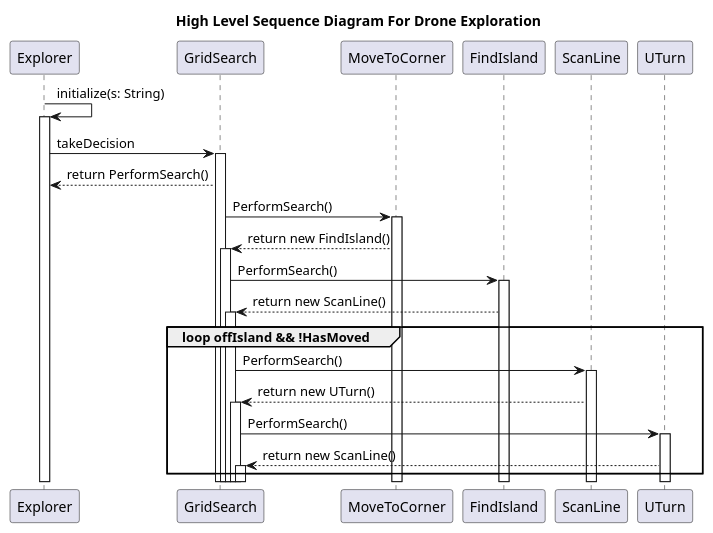
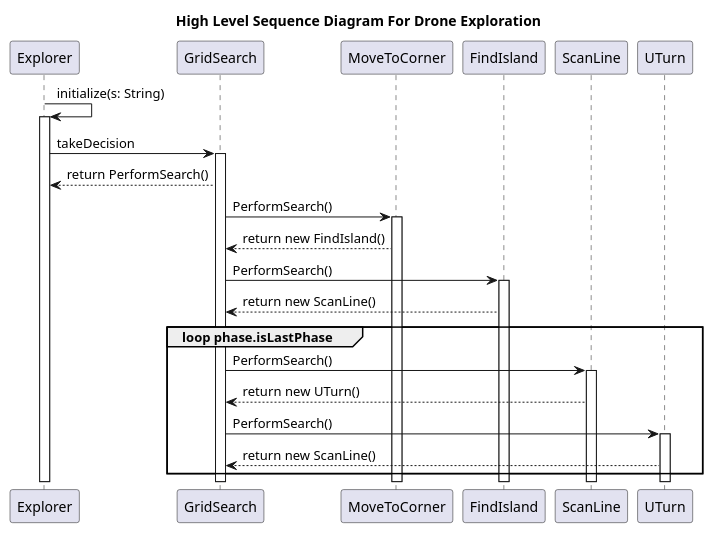
One commit to BilalM04/rescue-mission changed the diagram in UMLDiagrams/HighLevelSequenceDiagram.plantuml. Above: the diagram before and after it, drawn with PlantUML. The commit also changed 2 other files, not shown here.

```diff
--- a/UMLDiagrams/HighLevelSequenceDiagram.plantuml
+++ b/UMLDiagrams/HighLevelSequenceDiagram.plantuml
@@ -1,31 +1,31 @@
 @startuml
     title "High Level Sequence Diagram For Drone Exploration"
 
     participant Explorer
     participant GridSearch as GS
     participant MoveToCorner as MTC
     participant FindIsland
     participant ScanLine
     participant UTurn
     
     Explorer -> Explorer ++: initialize(s: String)
     Explorer -> GS ++: takeDecision
     Explorer <-- GS: return PerformSearch()
     GS -> MTC ++: PerformSearch()
-    GS <-- MTC ++: return new FindIsland()
+    GS <-- MTC: return new FindIsland()
 
     GS -> FindIsland ++: PerformSearch()
-    GS <-- FindIsland ++: return new ScanLine()
+    GS <-- FindIsland: return new ScanLine()
 
-    group loop offIsland && !HasMoved
+    group loop phase.isLastPhase
         GS -> ScanLine ++: PerformSearch()
-        GS <-- ScanLine ++: return new UTurn()
+        GS <-- ScanLine: return new UTurn()
         GS -> UTurn ++: PerformSearch()
-        GS <-- UTurn ++: return new ScanLine()
+        GS <-- UTurn: return new ScanLine()
     end
 
     ' FindIsland(controller: Controller, direction: Direction)
     ' ScanLine(controller: Controller, direction: Direction, uTurnLeft: boolean)
     ' UTurn(controller: Controller, direction: Direction, turnLeft: boolean, moveOutwards: boolean)
 
 @enduml
```
